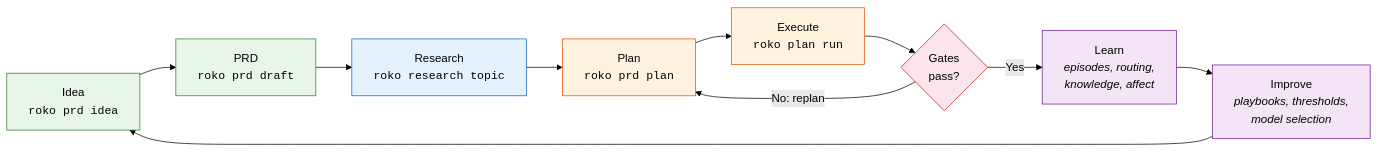
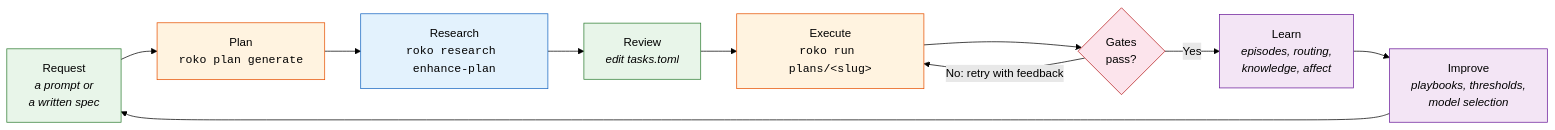
One commit to wpank/roko changed the first of 5 diagrams in docs/v3/35-ARCHITECTURE.md. Above: the diagram before and after it, drawn with Mermaid (forest theme). The commit also changed other lines of this file and 2 other files, not shown here.

First line of the commit message:
docs(v3): describe the plan-first workflow in the CLI, self-hosting and architecture pages

````diff
--- a/docs/v3/35-ARCHITECTURE.md
+++ b/docs/v3/35-ARCHITECTURE.md
@@ -76,32 +78,32 @@
 ```mermaid
 graph LR
-    IDEA["Idea<br/><code>roko prd idea</code>"]
-    PRD["PRD<br/><code>roko prd draft</code>"]
-    RESEARCH["Research<br/><code>roko research topic</code>"]
-    PLAN["Plan<br/><code>roko prd plan</code>"]
-    EXECUTE["Execute<br/><code>roko plan run</code>"]
+    REQUEST["Request<br/><i>a prompt or<br/>a written spec</i>"]
+    PLAN["Plan<br/><code>roko plan generate</code>"]
+    RESEARCH["Research<br/><code>roko research enhance-plan</code>"]
+    REVIEW["Review<br/><i>edit tasks.toml</i>"]
+    EXECUTE["Execute<br/><code>roko run plans/&lt;slug&gt;</code>"]
     GATE{"Gates<br/>pass?"}
     LEARN["Learn<br/><i>episodes, routing,<br/>knowledge, affect</i>"]
     IMPROVE["Improve<br/><i>playbooks, thresholds,<br/>model selection</i>"]
 
-    IDEA --> PRD
-    PRD --> RESEARCH
-    RESEARCH --> PLAN
-    PLAN --> EXECUTE
+    REQUEST --> PLAN
+    PLAN --> RESEARCH
+    RESEARCH --> REVIEW
+    REVIEW --> EXECUTE
     EXECUTE --> GATE
 
     GATE -- "Yes" --> LEARN
-    GATE -- "No: replan" --> PLAN
+    GATE -- "No: retry with feedback" --> EXECUTE
 
     LEARN --> IMPROVE
-    IMPROVE --> IDEA
+    IMPROVE --> REQUEST
 
-    style IDEA fill:#e8f5e9,stroke:#2e7d32
-    style PRD fill:#e8f5e9,stroke:#2e7d32
+    style REQUEST fill:#e8f5e9,stroke:#2e7d32
+    style PLAN fill:#fff3e0,stroke:#e65100
     style RESEARCH fill:#e3f2fd,stroke:#1565c0
-    style PLAN fill:#fff3e0,stroke:#e65100
+    style REVIEW fill:#e8f5e9,stroke:#2e7d32
     style EXECUTE fill:#fff3e0,stroke:#e65100
     style GATE fill:#fce4ec,stroke:#b71c1c
     style LEARN fill:#f3e5f5,stroke:#6a1b9a
     style IMPROVE fill:#f3e5f5,stroke:#6a1b9a
 ```
````
